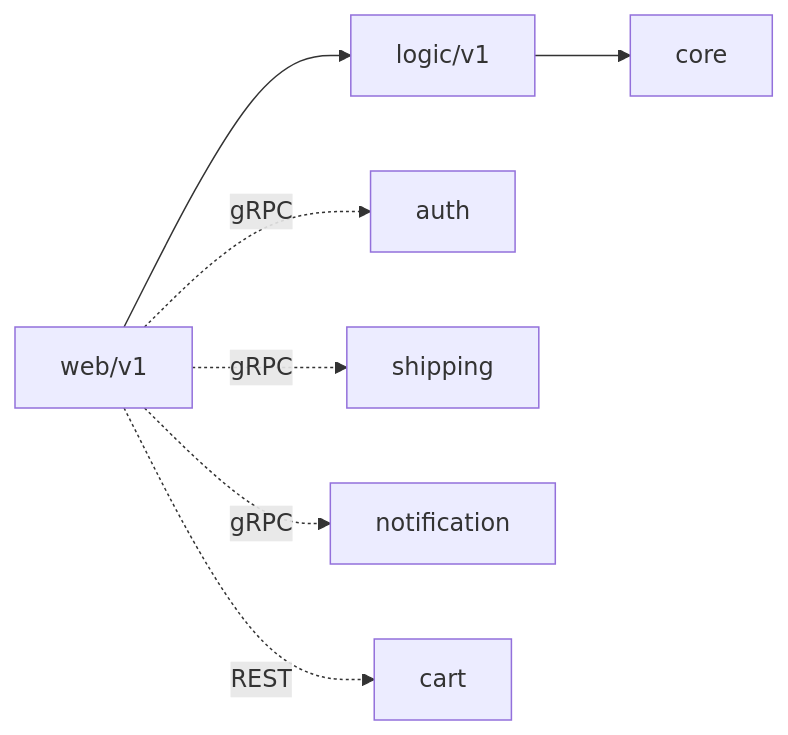
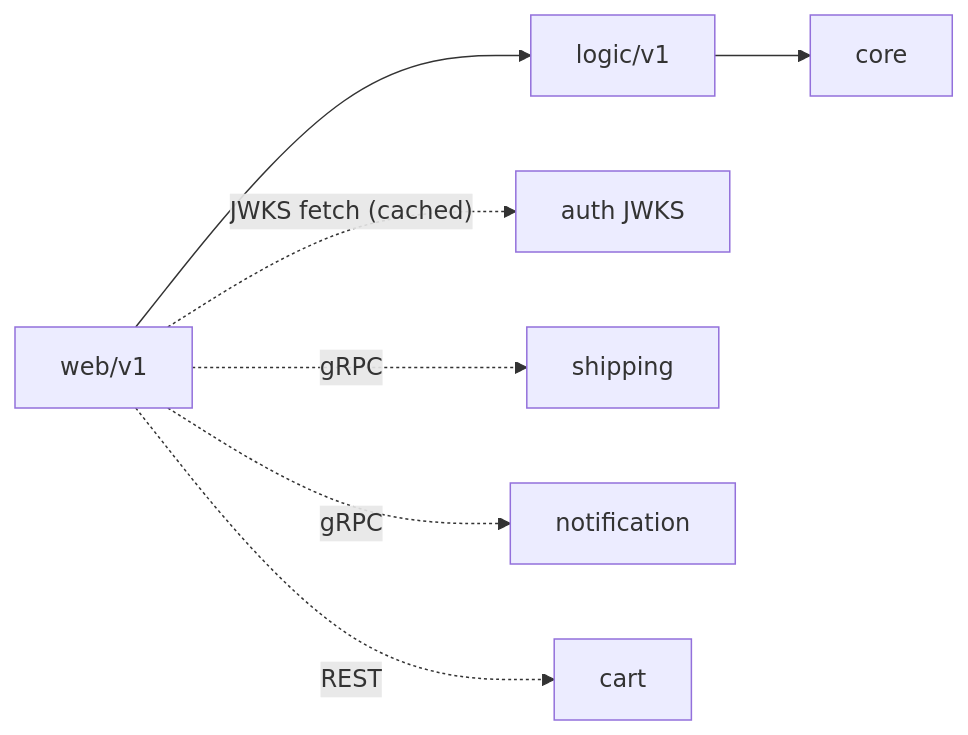
The diagram in AGENTS.md (duynhlab/order-service), drawn with Mermaid before and after one commit. The commit also changed other lines of this file and 1 other file, not shown here.

First line of the commit message:
Fix stale auth references in docs (#115)

````diff
--- a/AGENTS.md
+++ b/AGENTS.md
@@ -185,8 +185,8 @@
 ```mermaid
 flowchart LR
     Web[web/v1] --> Logic[logic/v1] --> Core[core]
-    Web -. gRPC .-> Auth[auth]
+    Web -. "JWKS fetch (cached)" .-> Auth[auth JWKS]
     Web -. gRPC .-> Shipping[shipping]
     Web -. gRPC .-> Notification[notification]
     Web -. REST .-> Cart[cart]
 ```
````
